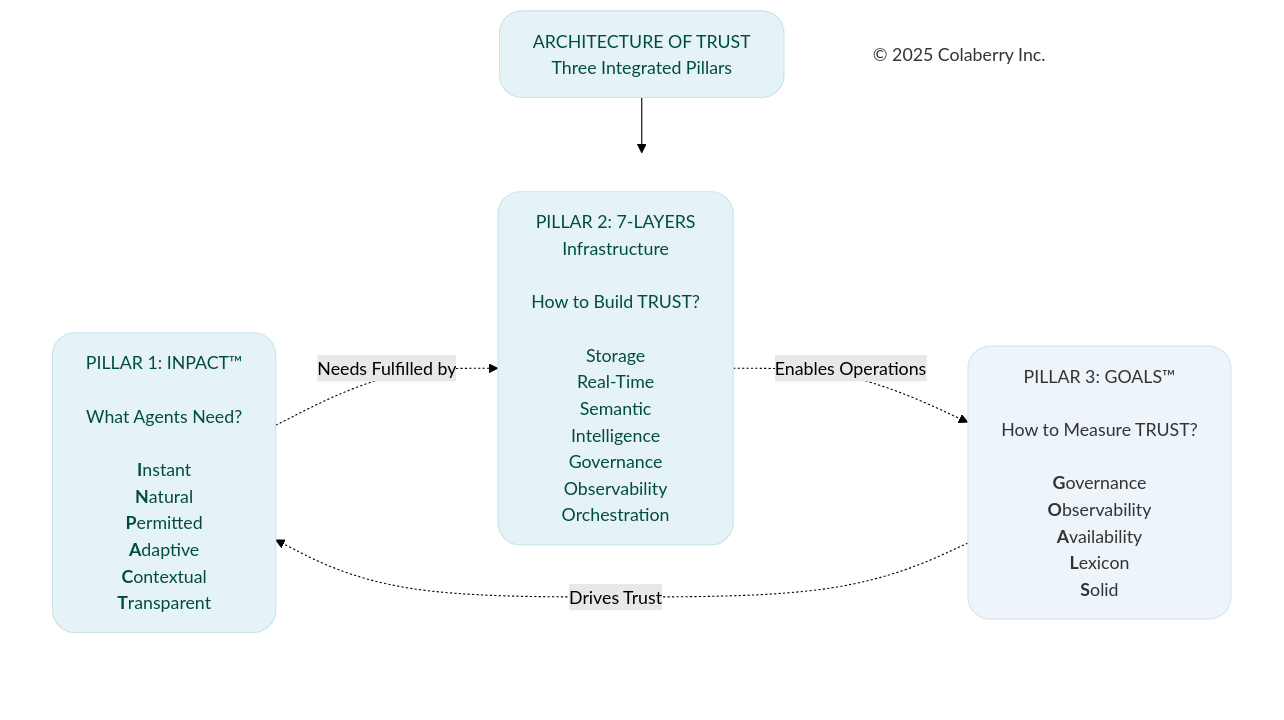
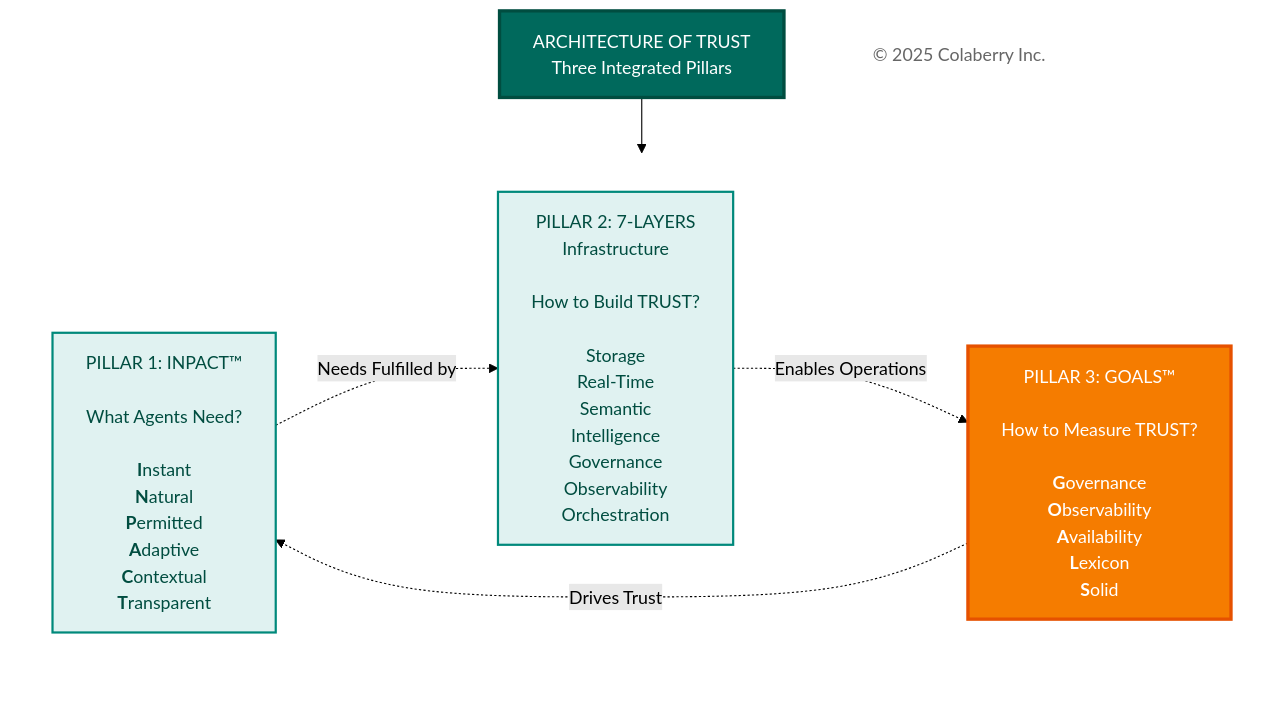
The second of 14 diagrams in manuscript/08_chapter_7_goals_framework.md (saitejesh-cyber/trust-before-intelligence-book), drawn with Mermaid (forest theme) before and after one commit. The commit also changed other lines of this file and 12 other files, not shown here.

Commit message:
Restore legacy Mermaid styles for Option 1

````diff
--- a/manuscript/08_chapter_7_goals_framework.md
+++ b/manuscript/08_chapter_7_goals_framework.md
@@ -130,30 +130,30 @@
 ```mermaid
 
 graph TB
     Title["ARCHITECTURE OF TRUST<br/>Three Integrated Pillars"]
     
     subgraph PILLARS[" "]
         direction LR
         INPACT["PILLAR 1: INPACT™<br/><br/>What Agents Need?<br/><br/><b>I</b>nstant<br/><b>N</b>atural<br/><b>P</b>ermitted<br/><b>A</b>daptive<br/><b>C</b>ontextual<br/><b>T</b>ransparent"]
         
         Layers["PILLAR 2: 7-LAYERS<br/>Infrastructure<br/><br/>How to Build TRUST?<br/><br/>Storage<br/>Real-Time<br/>Semantic<br/>Intelligence<br/>Governance<br/>Observability<br/>Orchestration"]
         
         GOALS["PILLAR 3: GOALS™<br/><br/>How to Measure TRUST?<br/><br/><b>G</b>overnance<br/><b>O</b>bservability<br/><b>A</b>vailability<br/><b>L</b>exicon<br/><b>S</b>olid"]
     end
     
     Copyright["© 2025 Colaberry Inc."]
     
     Title --> PILLARS
     
     INPACT -.->|"Needs Fulfilled by"| Layers
     Layers -.->|"Enables Operations"| GOALS
     GOALS -.->|"Drives Trust"| INPACT
     
-    style Title fill:#e6f3f6,stroke:#c7e3ea,stroke-width:1px,color:#004d40,rx:20,ry:20
+    style Title fill:#00695c,color:#ffffff,stroke:#004d40,stroke-width:3px
     style PILLARS fill:none,stroke:none
-    style INPACT fill:#e6f3f6,stroke:#c7e3ea,stroke-width:1px,color:#004d40,rx:20,ry:20
-    style Layers fill:#e6f3f6,stroke:#c7e3ea,stroke-width:1px,color:#004d40,rx:20,ry:20
-    style GOALS fill:#edf4fa,stroke:#d6e4f2,stroke-width:1px,color:#333333,rx:20,ry:20
-    style Copyright fill:none,stroke:none,color:#333333
+    style INPACT fill:#e0f2f1,stroke:#00897b,stroke-width:2px,color:#004d40
+    style Layers fill:#e0f2f1,stroke:#00897b,stroke-width:2px,color:#004d40
+    style GOALS fill:#f57c00,stroke:#e65100,stroke-width:3px,color:#ffffff
+    style Copyright fill:#ffffff,stroke:none,color:#666666
 
 ```
````
